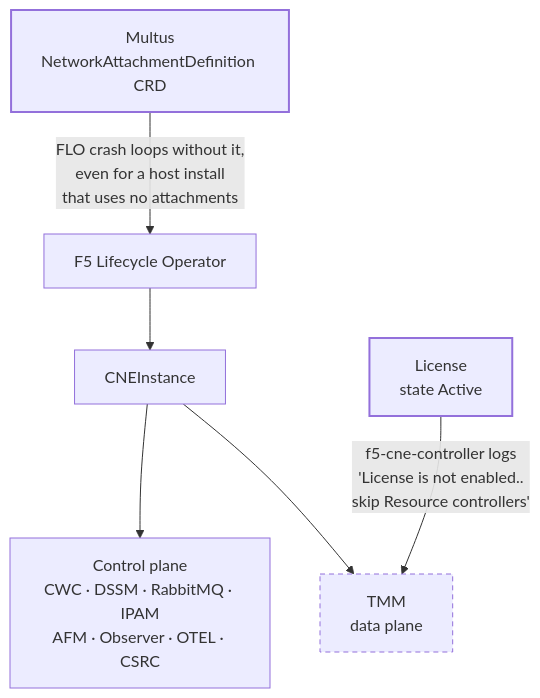
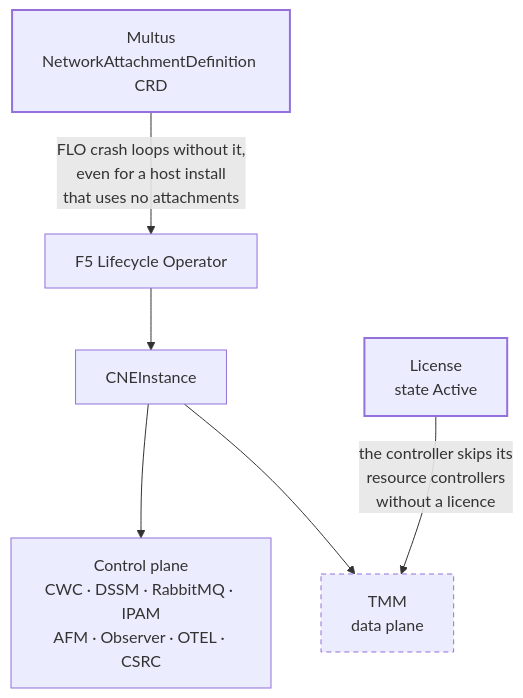
Before and after one commit to iracic82/bnk-deploy: the fifth of 5 diagrams in README.md, drawn with Mermaid. The commit also changed other lines of this file, not shown here.

````diff
--- a/README.md
+++ b/README.md
@@ -234,19 +252,19 @@
 ```mermaid
 flowchart TB
     NAD["Multus<br/>NetworkAttachmentDefinition CRD"]
     FLO["F5 Lifecycle Operator"]
     CNE["CNEInstance"]
     CP["Control plane<br/>CWC · DSSM · RabbitMQ · IPAM<br/>AFM · Observer · OTEL · CSRC"]
     TMM["TMM<br/>data plane"]
     LIC["License<br/>state Active"]
 
     NAD -->|"FLO crash loops without it,<br/>even for a host install<br/>that uses no attachments"| FLO
     FLO --> CNE
     CNE --> CP
     CNE --> TMM
-    LIC -->|"f5-cne-controller logs<br/>'License is not enabled..<br/>skip Resource controllers'"| TMM
+    LIC -->|"the controller skips its<br/>resource controllers<br/>without a licence"| TMM
 
     style NAD stroke-width:2px
     style LIC stroke-width:2px
     style TMM stroke-dasharray: 5 4
 ```
````
